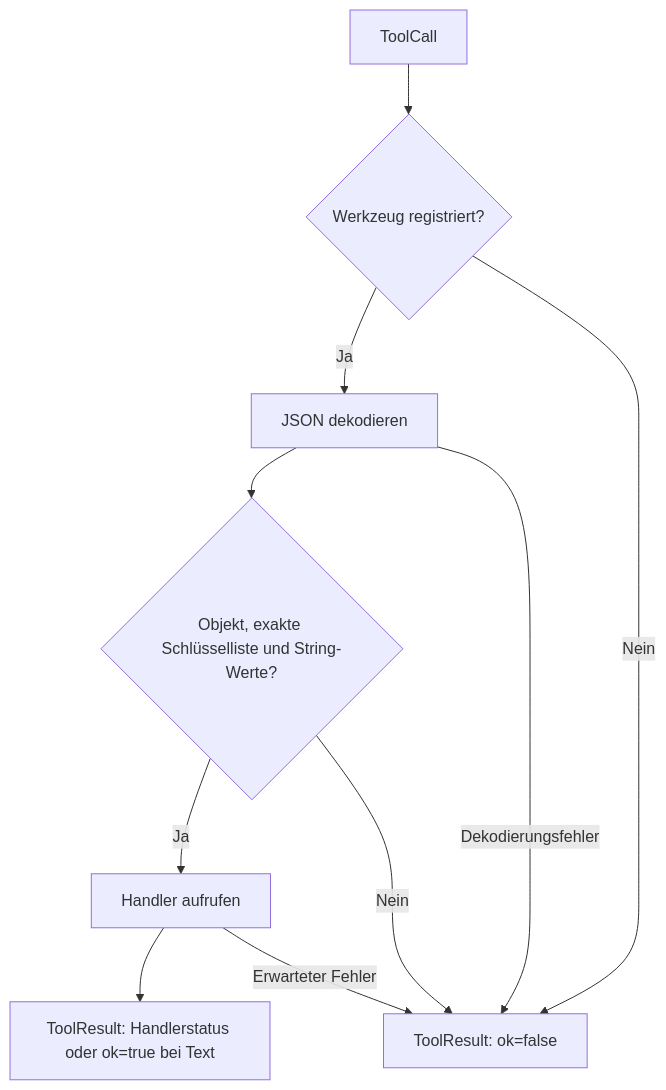
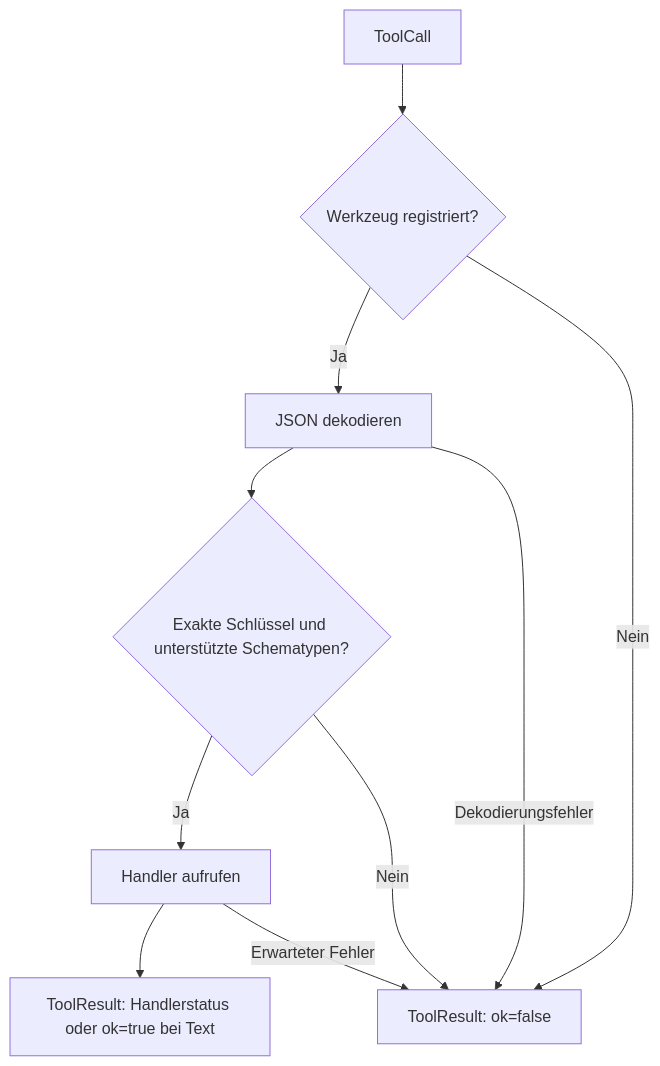
One commit to mtirtasana/ai-coding-agent changed the fifth of 8 diagrams in docs/architecture.md. Above: the diagram before and after it, drawn with Mermaid. The commit also changed other lines of this file and 29 other files, not shown here.

````diff
--- a/docs/architecture.md
+++ b/docs/architecture.md
@@ -367,12 +367,12 @@
 ```mermaid
 flowchart TD
     Call["ToolCall"] --> Name{"Werkzeug registriert?"}
     Name -->|Ja| JSON["JSON dekodieren"]
-    JSON --> Args{"Objekt, exakte Schlüsselliste und String-Werte?"}
+    JSON --> Args{"Exakte Schlüssel und unterstützte Schematypen?"}
     Args -->|Ja| Handler["Handler aufrufen"]
     Handler --> OK["ToolResult: Handlerstatus oder ok=true bei Text"]
     Name -->|Nein| Error["ToolResult: ok=false"]
     Args -->|Nein| Error
     JSON -->|Dekodierungsfehler| Error
     Handler -->|Erwarteter Fehler| Error
 ```
````
